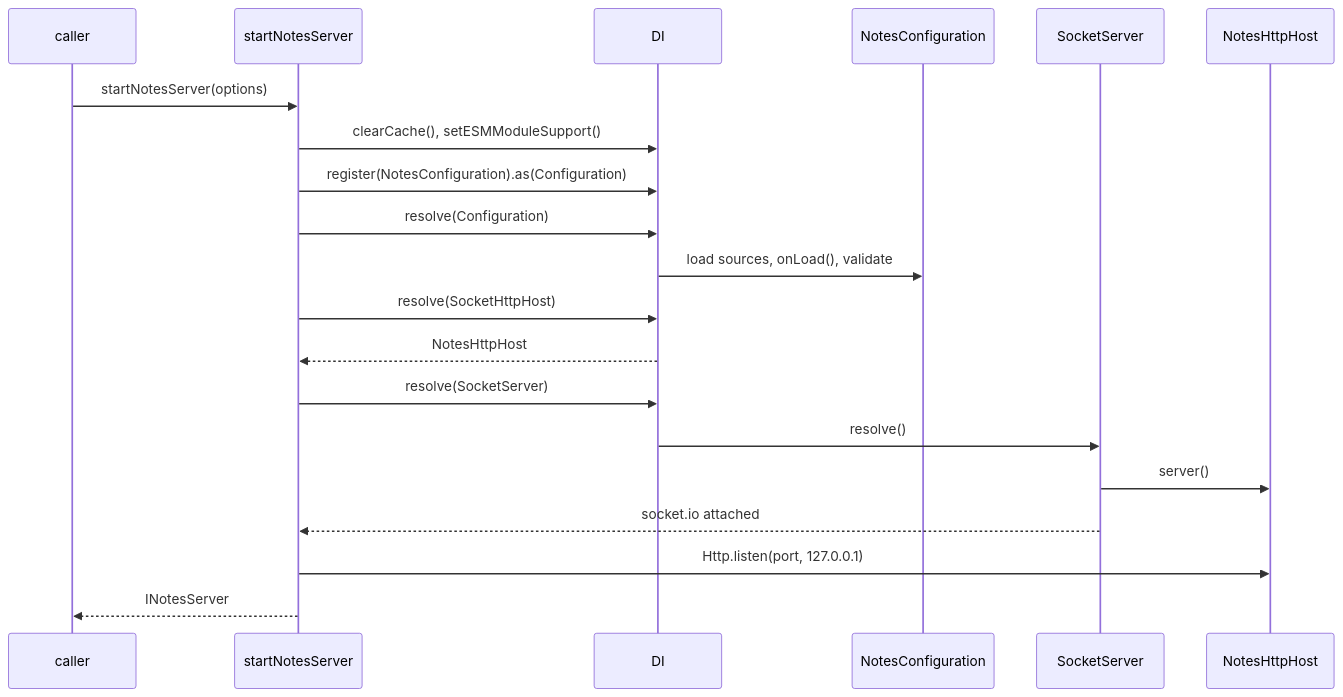
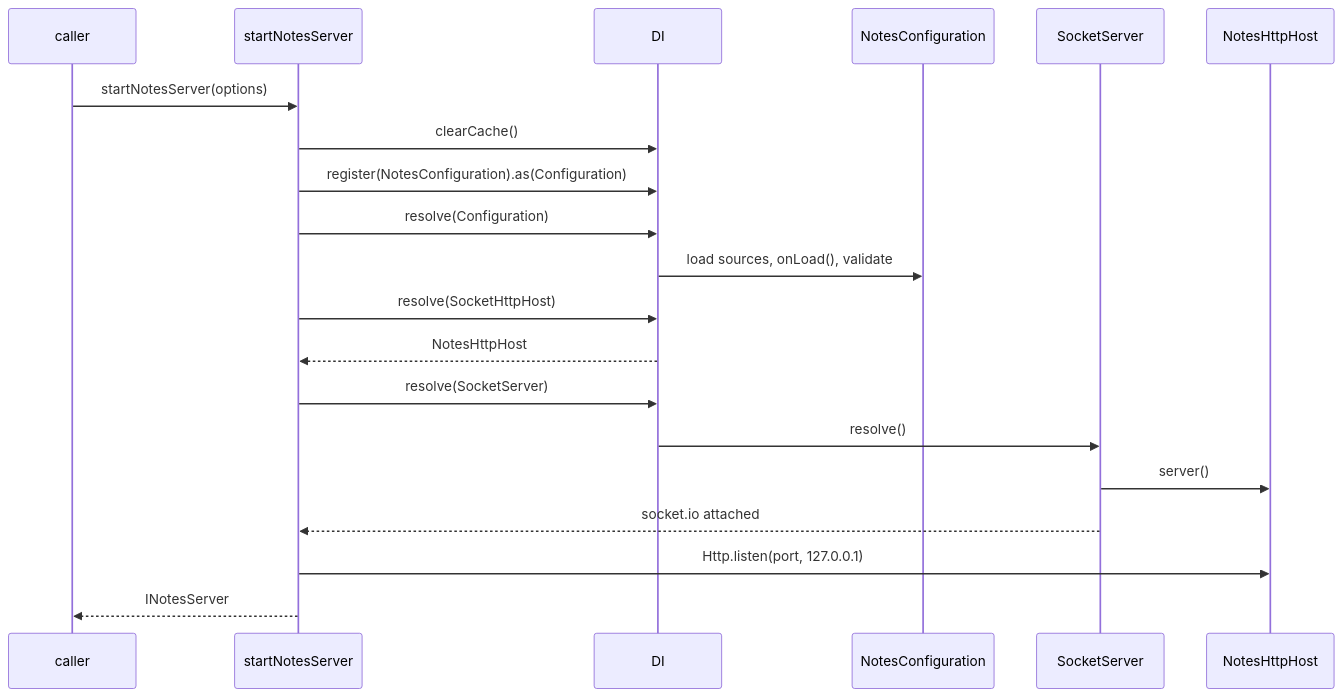
The diagram in docs/http-socket-example/02-server-startup.md (spinajs/main), drawn with Mermaid before and after one commit. The commit also changed other lines of this file and 66 other files, not shown here.

````diff
--- a/docs/http-socket-example/02-server-startup.md
+++ b/docs/http-socket-example/02-server-startup.md
@@ -17,22 +17,22 @@
 ```mermaid
 sequenceDiagram
   participant T as caller
   participant S as startNotesServer
   participant DI
   participant C as NotesConfiguration
   participant SS as SocketServer
   participant H as NotesHttpHost
   T->>S: startNotesServer(options)
-  S->>DI: clearCache(), setESMModuleSupport()
+  S->>DI: clearCache()
   S->>DI: register(NotesConfiguration).as(Configuration)
   S->>DI: resolve(Configuration)
   DI->>C: load sources, onLoad(), validate
   S->>DI: resolve(SocketHttpHost)
   DI-->>S: NotesHttpHost
   S->>DI: resolve(SocketServer)
   DI->>SS: resolve()
   SS->>H: server()
   SS-->>S: socket.io attached
   S->>H: Http.listen(port, 127.0.0.1)
   S-->>T: INotesServer
 ```
````
